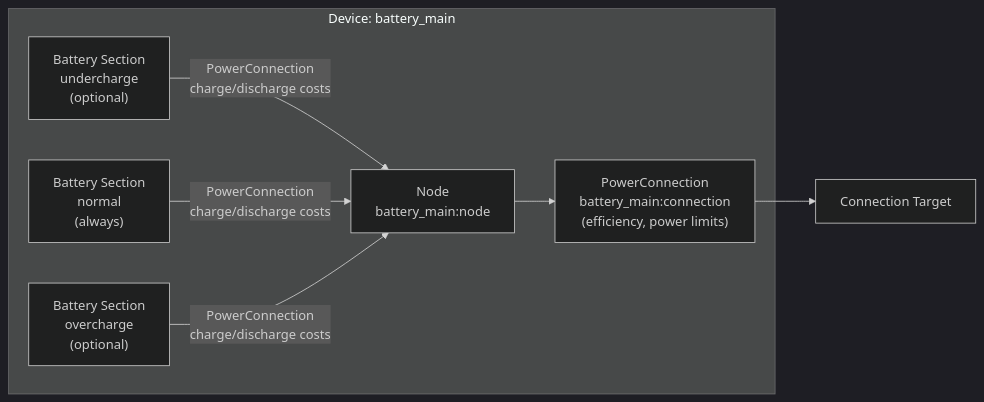
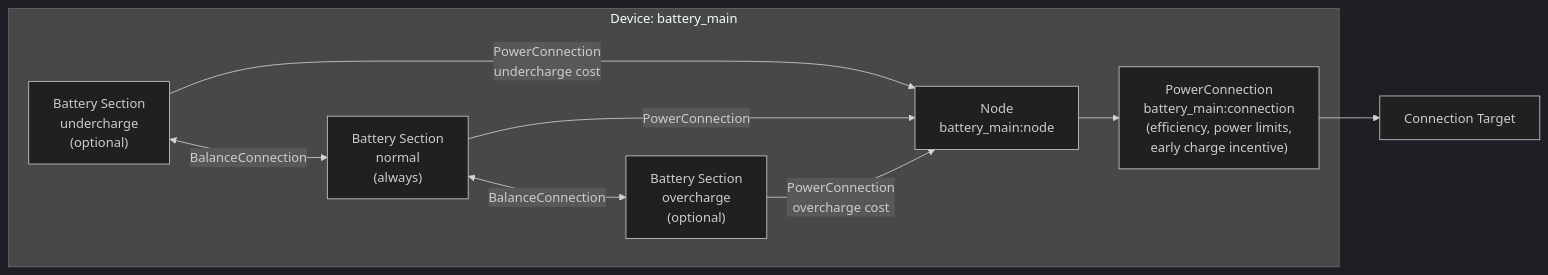
One commit to hass-energy/haeo changed the diagram in docs/modeling/device-layer/battery.md. Above: the diagram before and after it, drawn with Mermaid (dark theme). The commit also changed other lines of this file and 5 other files, not shown here.

````diff
--- a/docs/modeling/device-layer/battery.md
+++ b/docs/modeling/device-layer/battery.md
@@ -7,20 +7,22 @@
 ```mermaid
 graph LR
     subgraph "Device: battery_main"
         BU["Battery Section<br/>undercharge<br/>(optional)"]
         BN["Battery Section<br/>normal<br/>(always)"]
         BO["Battery Section<br/>overcharge<br/>(optional)"]
         Node["Node<br/>battery_main:node"]
 
-        BU -->|PowerConnection<br/>charge/discharge costs| Node
-        BN -->|PowerConnection<br/>charge/discharge costs| Node
-        BO -->|PowerConnection<br/>charge/discharge costs| Node
+        BU -->|PowerConnection<br/>undercharge cost| Node
+        BU <-->|BalanceConnection| BN
+        BN -->|PowerConnection| Node
+        BN <-->|BalanceConnection| BO
+        BO -->|PowerConnection<br/>overcharge cost| Node
 
-        Conn["PowerConnection<br/>battery_main:connection<br/>(efficiency, power limits)"]
+        Conn["PowerConnection<br/>battery_main:connection<br/>(efficiency, power limits,<br/>early charge incentive)"]
 
     end
     Target[Connection Target]
 
     Node --> Conn
     Conn --> Target
 ```
````
